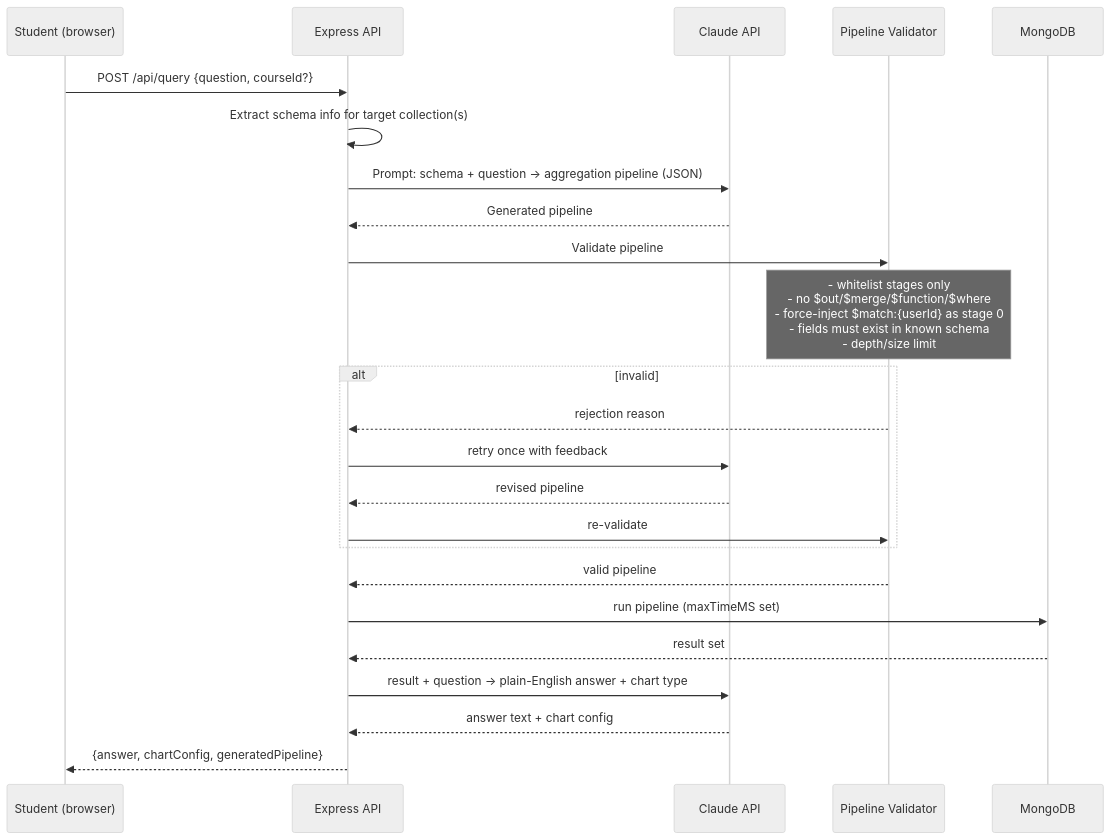
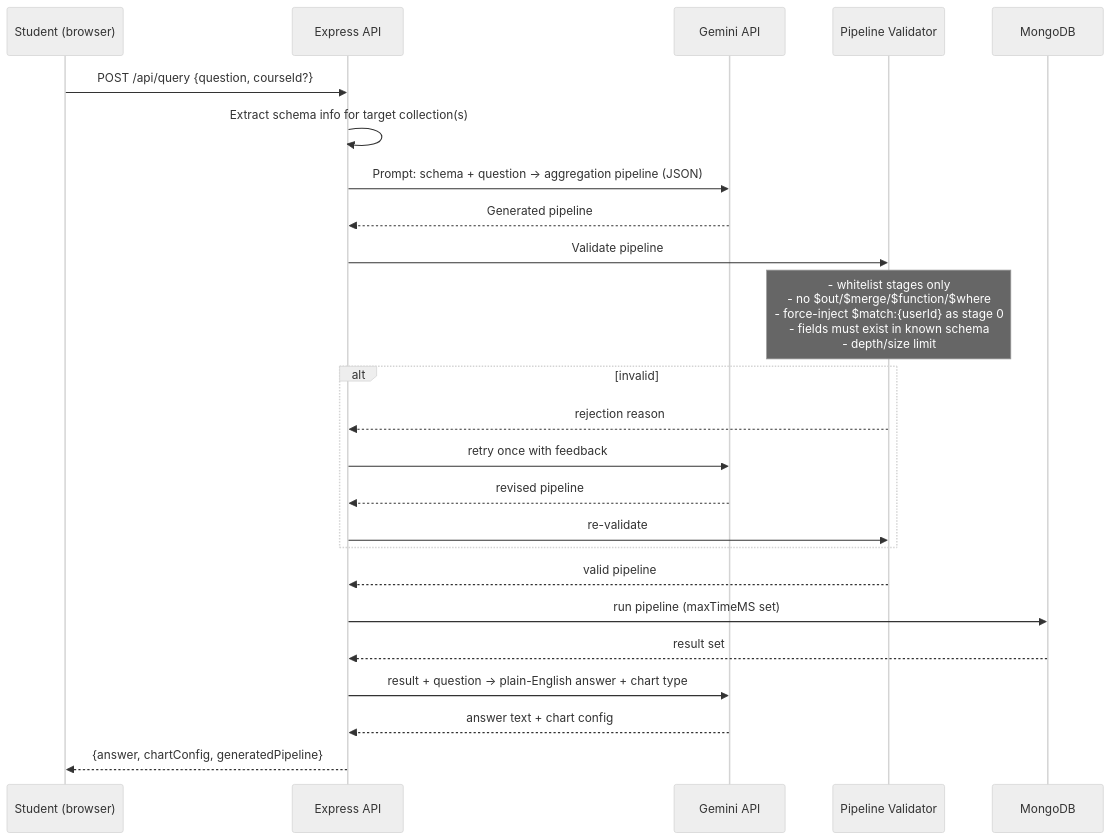
Before and after one commit to nethuli-dev/Semester-Risk-Analyzer-: the diagram in PROJECT_PLAN.md, drawn with Mermaid (neutral theme). The commit also changed other lines of this file and 12 other files, not shown here.

````diff
--- a/PROJECT_PLAN.md
+++ b/PROJECT_PLAN.md
@@ -77,27 +77,27 @@
 ```mermaid
 sequenceDiagram
     participant U as Student (browser)
     participant A as Express API
-    participant L as Claude API
+    participant L as Gemini API
     participant V as Pipeline Validator
     participant M as MongoDB
 
     U->>A: POST /api/query {question, courseId?}
     A->>A: Extract schema info for target collection(s)
     A->>L: Prompt: schema + question → aggregation pipeline (JSON)
     L-->>A: Generated pipeline
     A->>V: Validate pipeline
     Note over V: - whitelist stages only<br/>- no $out/$merge/$function/$where<br/>- force-inject $match:{userId} as stage 0<br/>- fields must exist in known schema<br/>- depth/size limit
     alt invalid
         V-->>A: rejection reason
         A->>L: retry once with feedback
         L-->>A: revised pipeline
         A->>V: re-validate
     end
     V-->>A: valid pipeline
     A->>M: run pipeline (maxTimeMS set)
     M-->>A: result set
     A->>L: result + question → plain-English answer + chart type
     L-->>A: answer text + chart config
     A-->>U: {answer, chartConfig, generatedPipeline}
 ```
````
